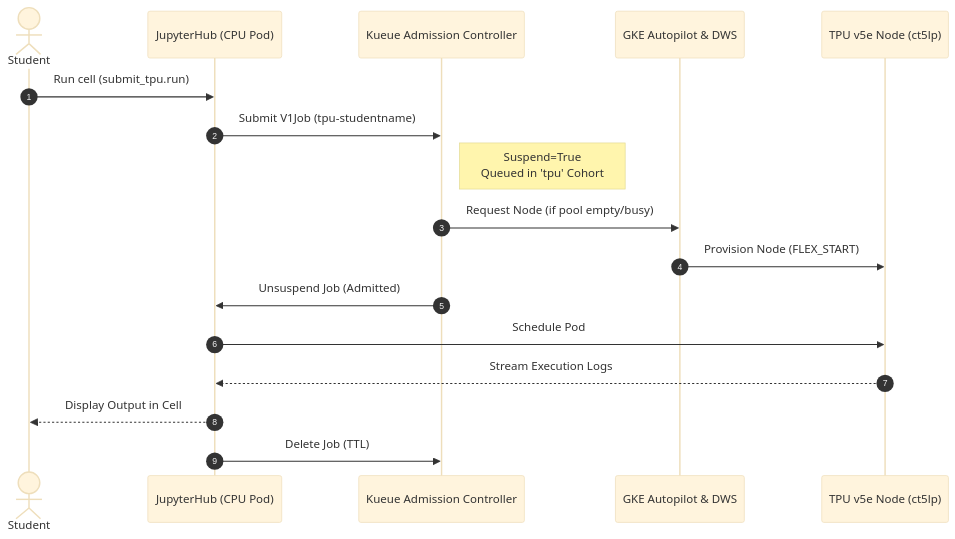
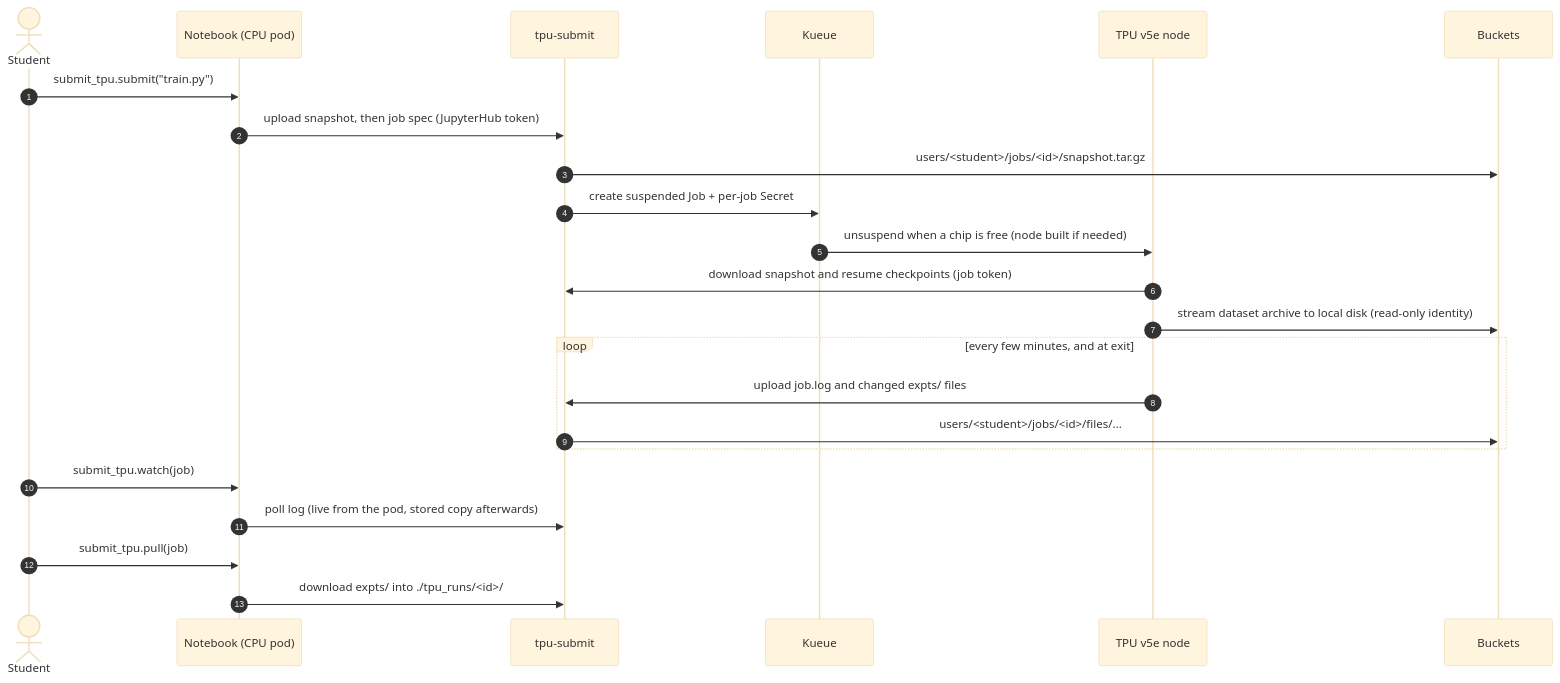
One commit to ayushmorbar/shared-tpu-notebooks changed the second of 3 diagrams in docs/architecture.md. Above: the diagram before and after it, drawn with Mermaid (base theme). The commit also changed other lines of this file and 43 other files, not shown here.

First line of the commit message:
Submit scripts as TPU jobs to TPUs

````diff
--- a/docs/architecture.md
+++ b/docs/architecture.md
@@ -24,20 +41,26 @@
 ```mermaid
 sequenceDiagram
     autonumber
     actor Student
-    participant Hub as JupyterHub (CPU Pod)
-    participant Kueue as Kueue Admission Controller
-    participant GKE as GKE Autopilot & DWS
-    participant TPU as TPU v5e Node (ct5lp)
+    participant NB as Notebook (CPU pod)
+    participant Svc as tpu-submit
+    participant Kueue as Kueue
+    participant TPU as TPU v5e node
+    participant GCS as Buckets
 
-    Student->>Hub: Run cell (submit_tpu.run)
-    Hub->>Kueue: Submit V1Job (tpu-studentname)
-    Note right of Kueue: Suspend=True<br/>Queued in 'tpu' Cohort
-    Kueue->>GKE: Request Node (if pool empty/busy)
-    GKE->>TPU: Provision Node (FLEX_START)
-    Kueue->>Hub: Unsuspend Job (Admitted)
-    Hub->>TPU: Schedule Pod
-    TPU-->>Hub: Stream Execution Logs
-    Hub-->>Student: Display Output in Cell
-    Hub->>Kueue: Delete Job (TTL)
+    Student->>NB: submit_tpu.submit("train.py")
+    NB->>Svc: upload snapshot, then job spec (JupyterHub token)
+    Svc->>GCS: users/<student>/jobs/<id>/snapshot.tar.gz
+    Svc->>Kueue: create suspended Job + per-job Secret
+    Kueue->>TPU: unsuspend when a chip is free (node built if needed)
+    TPU->>Svc: download snapshot and resume checkpoints (job token)
+    TPU->>GCS: stream dataset archive to local disk (read-only identity)
+    loop every few minutes, and at exit
+        TPU->>Svc: upload job.log and changed expts/ files
+        Svc->>GCS: users/<student>/jobs/<id>/files/...
+    end
+    Student->>NB: submit_tpu.watch(job)
+    NB->>Svc: poll log (live from the pod, stored copy afterwards)
+    Student->>NB: submit_tpu.pull(job)
+    NB->>Svc: download expts/ into ./tpu_runs/<id>/
 ```
````
